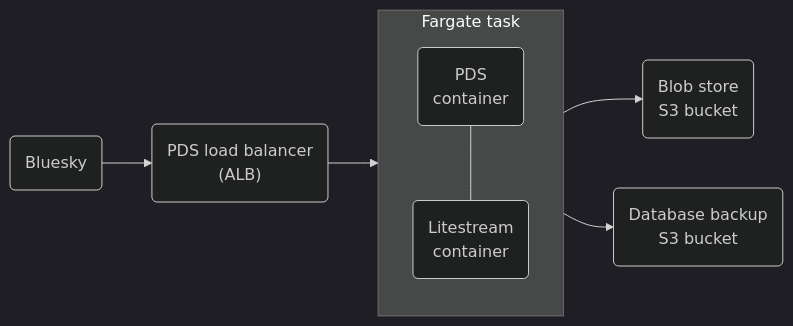
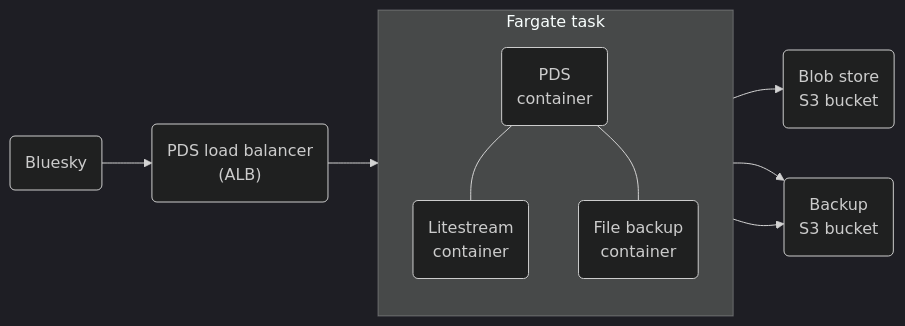
Before and after one commit to clareliguori/bluesky-pds-cdk: the diagram in README.md, drawn with Mermaid (dark theme). The commit also changed other lines of this file, not shown here.

Commit message:
Update README with file backup container summary

````diff
--- a/README.md
+++ b/README.md
@@ -8,18 +8,22 @@
 ```mermaid
 flowchart LR
   A(Bluesky) --> B("PDS load balancer
   #40;ALB#41;")
   B --> C
 
   subgraph Fargate task
     direction TB
     C("PDS
     container") --- D("Litestream
     container")
+    C --- E("File backup
+    container")
   end
 
-  C --> E("Blob store
+  C --> F("Blob store
   S3 bucket")
-  D --> F("Database backup
+  D --> G("Backup
+  S3 bucket")
+  E --> G("Backup
   S3 bucket")
 ```
````
